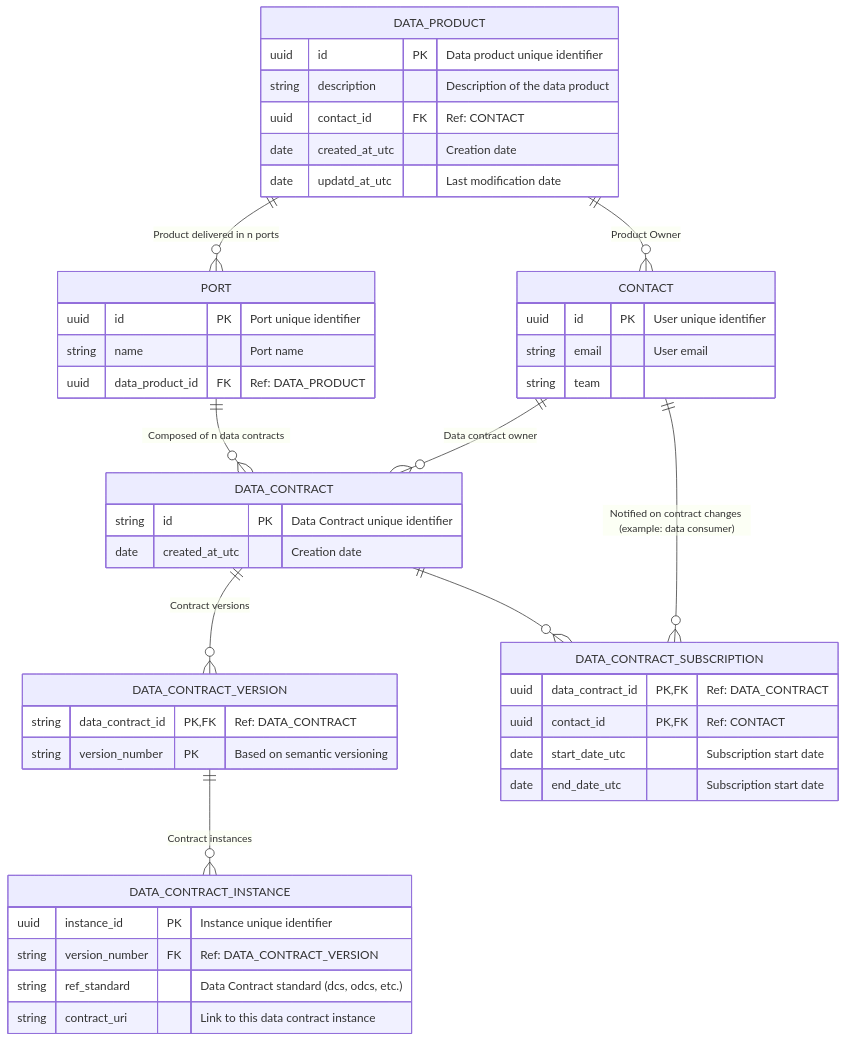
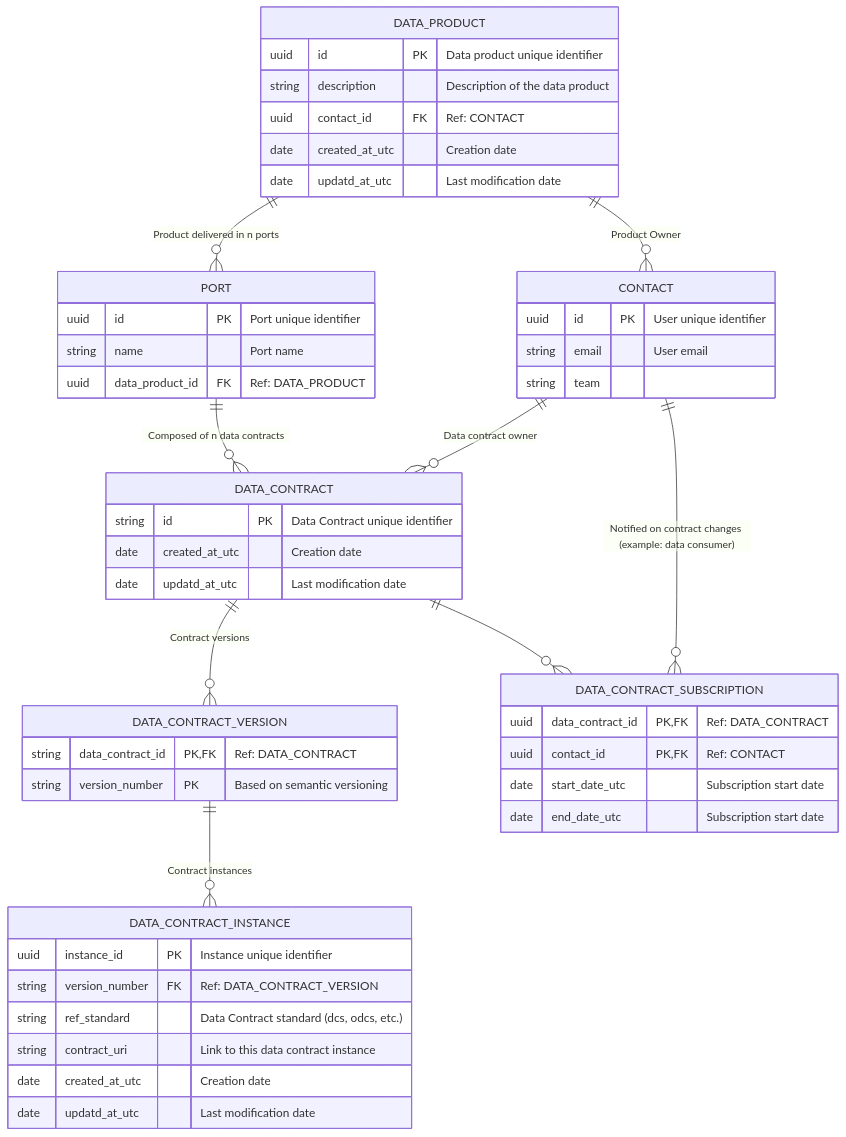
Before and after one commit to monmaya/base-impl: the diagram in docs/relational_model.md, drawn with Mermaid.

````diff
--- a/docs/relational_model.md
+++ b/docs/relational_model.md
@@ -5,59 +5,62 @@
 ```mermaid
 
 erDiagram
 
     DATA_PRODUCT {
         uuid id PK "Data product unique identifier"
         string description "Description of the data product"
         uuid contact_id FK "Ref: CONTACT"
         date created_at_utc "Creation date"
         date updatd_at_utc "Last modification date"
     }
 
     PORT {
         uuid id PK "Port unique identifier"
         string name "Port name"
         uuid data_product_id FK "Ref: DATA_PRODUCT"
     }
 
     DATA_CONTRACT {
         string id PK "Data Contract unique identifier"
         date created_at_utc "Creation date"
+        date updatd_at_utc "Last modification date"
     }
 
     DATA_CONTRACT_VERSION {
         string data_contract_id PK, FK "Ref: DATA_CONTRACT"
         string version_number PK "Based on semantic versioning"
     }
 
     DATA_CONTRACT_INSTANCE {
         uuid instance_id PK "Instance unique identifier"
         string version_number FK "Ref: DATA_CONTRACT_VERSION"
         string ref_standard "Data Contract standard (dcs, odcs, etc.)"
         string contract_uri "Link to this data contract instance"
+        date created_at_utc "Creation date"
+        date updatd_at_utc "Last modification date"
     }
     
     DATA_CONTRACT_SUBSCRIPTION {
         uuid data_contract_id PK, FK "Ref: DATA_CONTRACT"
         uuid contact_id PK, FK "Ref: CONTACT"
         date start_date_utc "Subscription start date"
         date end_date_utc "Subscription start date"
     }
 
     CONTACT {
         uuid id PK "User unique identifier"
         string email "User email"
         string team
     }
 
     DATA_PRODUCT ||--o{ PORT : "Product delivered in n ports"
     DATA_PRODUCT ||--o{ CONTACT : "Product Owner"
     PORT ||--o{ DATA_CONTRACT : "Composed of n data contracts"
     CONTACT ||--o{ DATA_CONTRACT : "Data contract owner"
     DATA_CONTRACT ||--o{ DATA_CONTRACT_VERSION : "Contract versions"
     DATA_CONTRACT_VERSION ||--o{ DATA_CONTRACT_INSTANCE : "Contract instances"
     DATA_CONTRACT ||--o{ DATA_CONTRACT_SUBSCRIPTION : ""
     CONTACT ||--o{ DATA_CONTRACT_SUBSCRIPTION : "Notified on contract changes (example: data consumer)"
 
 
   ```
````
